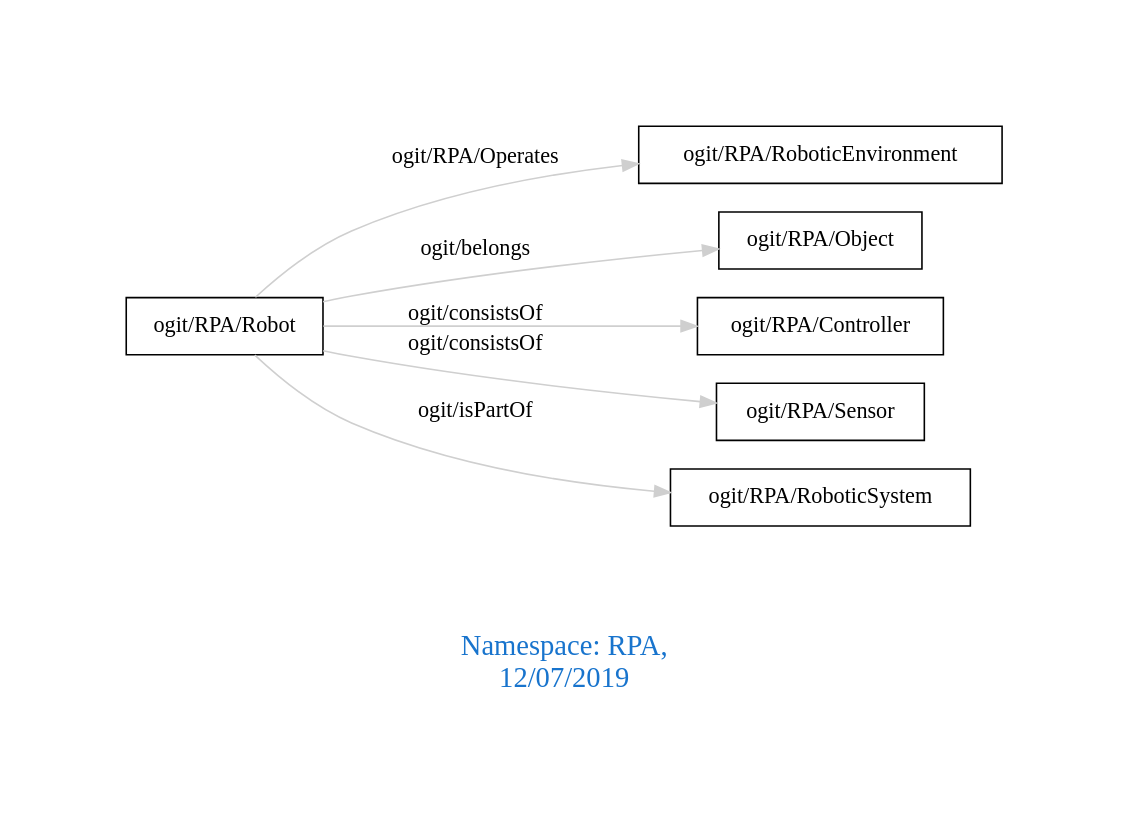
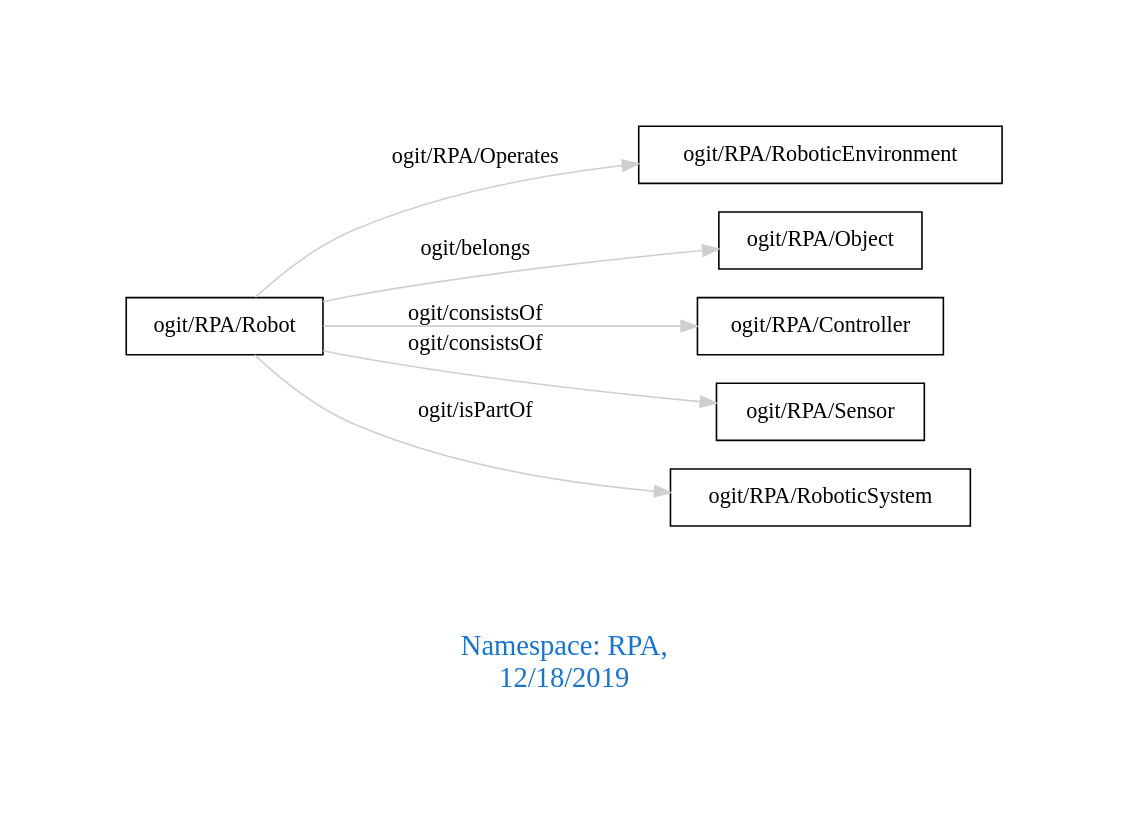
One commit to arago/OGIT changed the diagram in downloads/RPA.dot. Above: the diagram before and after it, drawn with Graphviz. The commit also changed 1649 other files, not shown here.

```diff
--- a/downloads/RPA.dot
+++ b/downloads/RPA.dot
@@ -1,13 +1,13 @@
 digraph OGIT_ontology {
  graph [ rankdir= LR,pad=1 
 fontsize = 18,
-fontcolor= dodgerblue3,label = "\n\n\nNamespace: RPA, \n 12/07/2019"];
+fontcolor= dodgerblue3,label = "\n\n\nNamespace: RPA, \n 12/18/2019"];
 node[shape=polygon];
 edge [  color="gray81"];
 
    "ogit/RPA/Robot" -> "ogit/RPA/RoboticEnvironment" [label="   ogit/RPA/Operates    "];
    "ogit/RPA/Robot" -> "ogit/RPA/Object" [label="   ogit/belongs    "];
    "ogit/RPA/Robot" -> "ogit/RPA/Controller" [label="   ogit/consistsOf    "];
    "ogit/RPA/Robot" -> "ogit/RPA/Sensor" [label="   ogit/consistsOf    "];
    "ogit/RPA/Robot" -> "ogit/RPA/RoboticSystem" [label="   ogit/isPartOf    "];
 }
```
